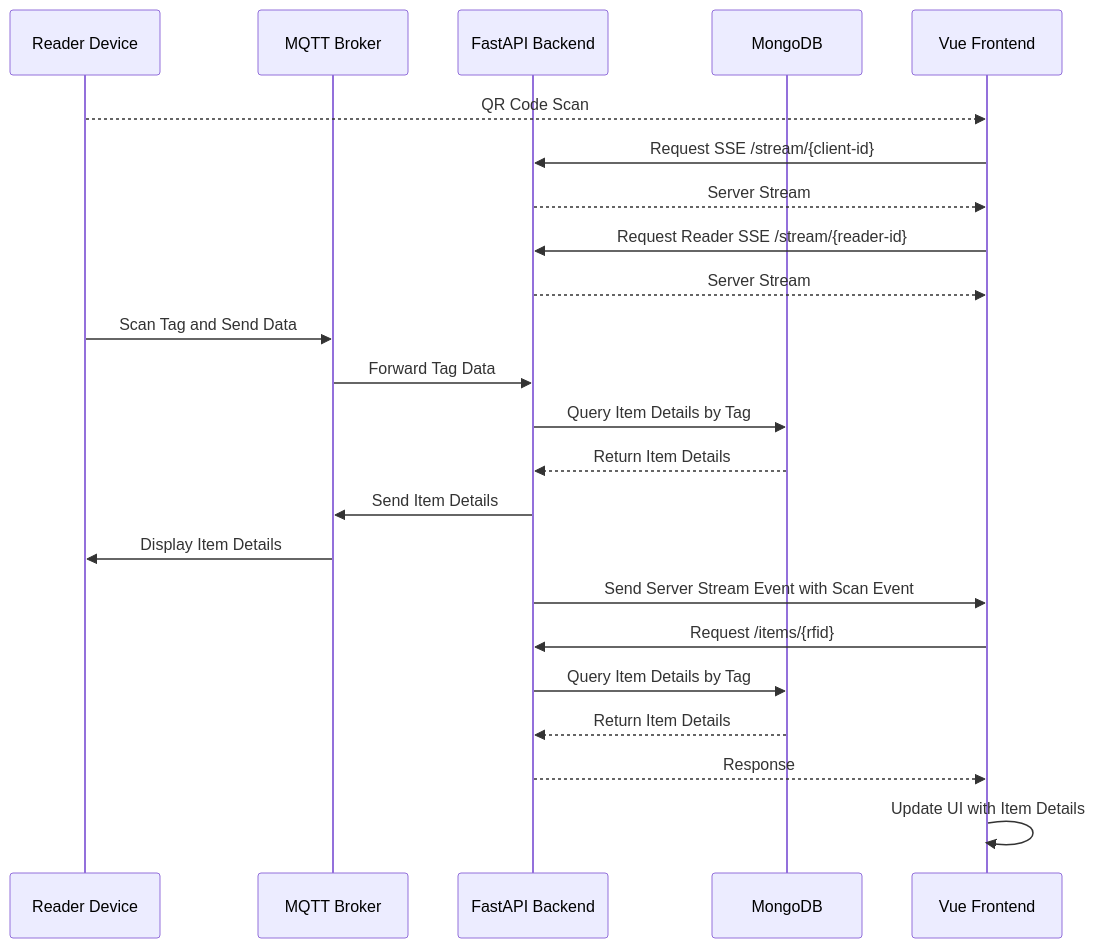
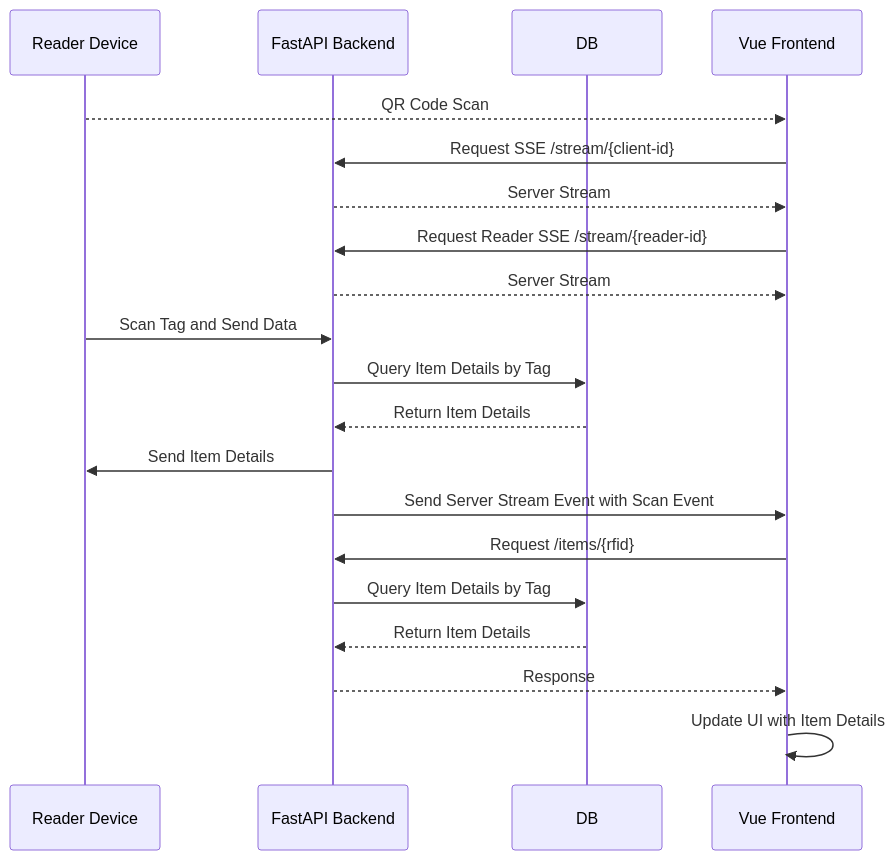
One commit to wims-org/wims changed the second of 2 diagrams in README.md. Above: the diagram before and after it, drawn with Mermaid. The commit also changed other lines of this file, not shown here.

````diff
--- a/README.md
+++ b/README.md
@@ -181,26 +192,23 @@
 ```mermaid
 sequenceDiagram
     participant Reader as Reader Device
-    participant MQTT as MQTT Broker
     participant Backend as FastAPI Backend
-    participant DB as MongoDB
+    participant DB
     participant Frontend as Vue Frontend
 
     Reader-->>Frontend: QR Code Scan   
     Frontend->>Backend: Request SSE /stream/{client-id}
     Backend-->>Frontend: Server Stream
     Frontend->>Backend: Request Reader SSE /stream/{reader-id}
     Backend-->>Frontend: Server Stream    
-    Reader->>MQTT: Scan Tag and Send Data
-    MQTT->>Backend: Forward Tag Data
+    Reader->>Backend: Scan Tag and Send Data
     Backend->>DB: Query Item Details by Tag
     DB-->>Backend: Return Item Details
-    Backend->>MQTT: Send Item Details
-    MQTT->>Reader: Display Item Details
+    Backend->>Reader: Send Item Details
     Backend->>Frontend: Send Server Stream Event with Scan Event
     Frontend->>Backend: Request /items/{rfid}
     Backend->>DB: Query Item Details by Tag
     DB-->>Backend: Return Item Details
     Backend-->>Frontend: Response
     Frontend->>Frontend: Update UI with Item Details
 ```
````
